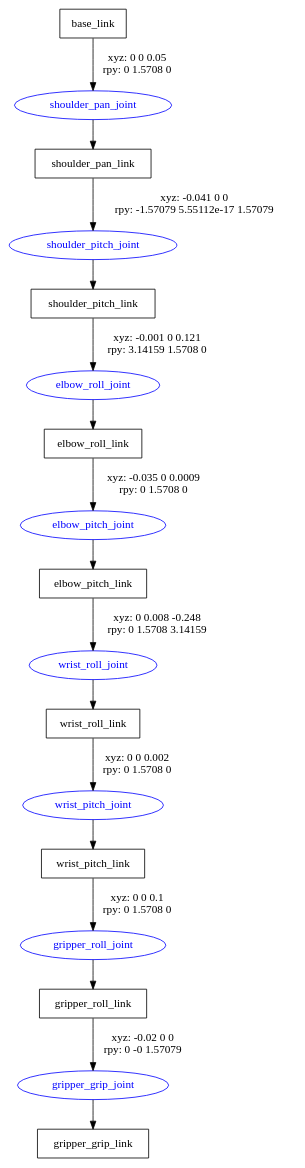
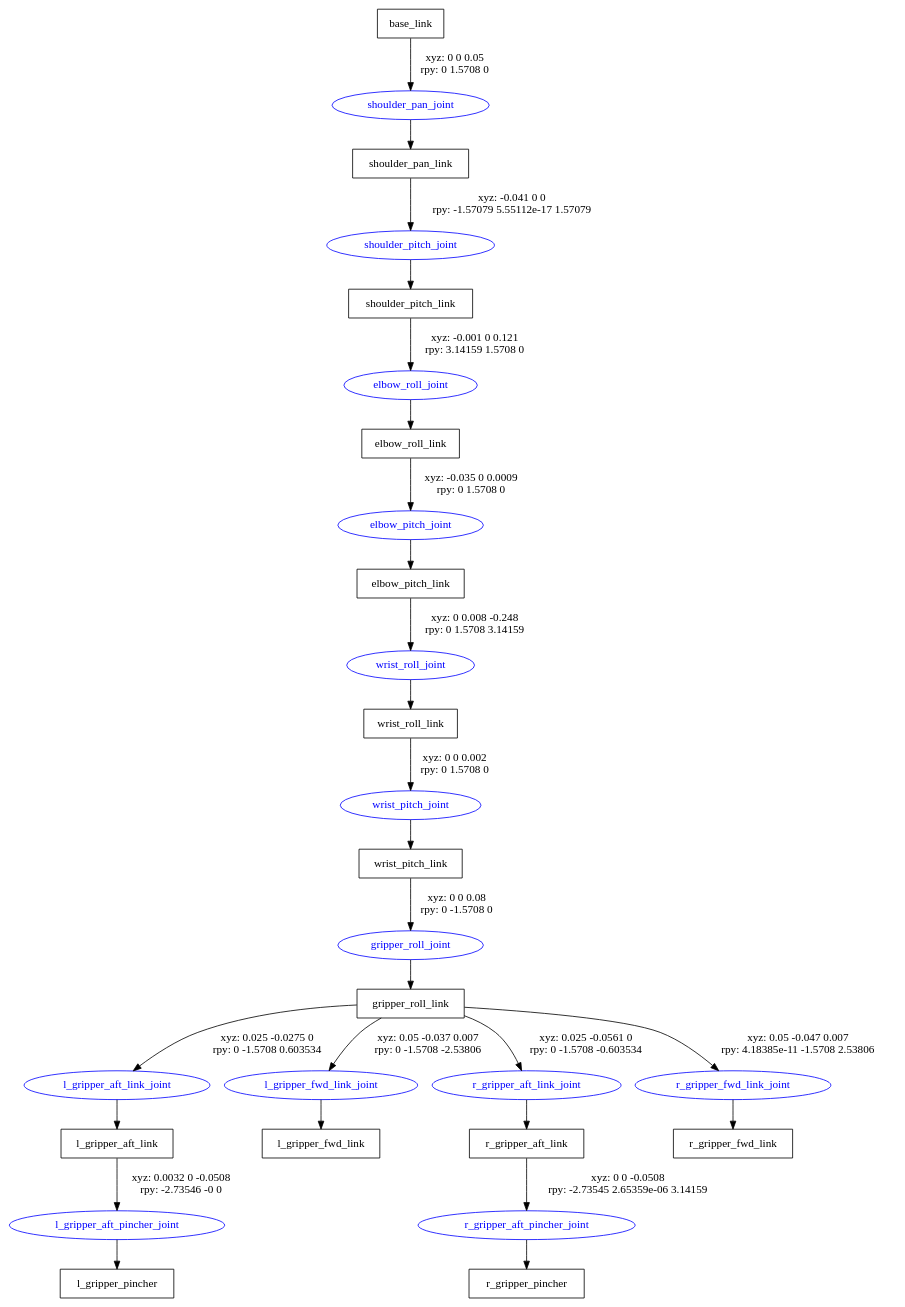
One commit to davetcoleman/clam_rosbuild changed the diagram in clam_description/urdf/clam.gv. Above: the diagram before and after it, drawn with Graphviz. The commit also changed 41 other files, not shown here.

```diff
--- a/clam_description/urdf/clam.gv
+++ b/clam_description/urdf/clam.gv
@@ -1,29 +1,44 @@
 digraph G {
 node [shape=box];
 "base_link" [label="base_link"];
 "shoulder_pan_link" [label="shoulder_pan_link"];
 "shoulder_pitch_link" [label="shoulder_pitch_link"];
 "elbow_roll_link" [label="elbow_roll_link"];
 "elbow_pitch_link" [label="elbow_pitch_link"];
 "wrist_roll_link" [label="wrist_roll_link"];
 "wrist_pitch_link" [label="wrist_pitch_link"];
 "gripper_roll_link" [label="gripper_roll_link"];
-"gripper_grip_link" [label="gripper_grip_link"];
+"l_gripper_aft_link" [label="l_gripper_aft_link"];
+"l_gripper_pincher" [label="l_gripper_pincher"];
+"l_gripper_fwd_link" [label="l_gripper_fwd_link"];
+"r_gripper_aft_link" [label="r_gripper_aft_link"];
+"r_gripper_pincher" [label="r_gripper_pincher"];
+"r_gripper_fwd_link" [label="r_gripper_fwd_link"];
 node [shape=ellipse, color=blue, fontcolor=blue];
 "base_link" -> "shoulder_pan_joint" [label="xyz: 0 0 0.05 \nrpy: 0 1.5708 0"]
 "shoulder_pan_joint" -> "shoulder_pan_link"
 "shoulder_pan_link" -> "shoulder_pitch_joint" [label="xyz: -0.041 0 0 \nrpy: -1.57079 5.55112e-17 1.57079"]
 "shoulder_pitch_joint" -> "shoulder_pitch_link"
 "shoulder_pitch_link" -> "elbow_roll_joint" [label="xyz: -0.001 0 0.121 \nrpy: 3.14159 1.5708 0"]
 "elbow_roll_joint" -> "elbow_roll_link"
 "elbow_roll_link" -> "elbow_pitch_joint" [label="xyz: -0.035 0 0.0009 \nrpy: 0 1.5708 0"]
 "elbow_pitch_joint" -> "elbow_pitch_link"
 "elbow_pitch_link" -> "wrist_roll_joint" [label="xyz: 0 0.008 -0.248 \nrpy: 0 1.5708 3.14159"]
 "wrist_roll_joint" -> "wrist_roll_link"
 "wrist_roll_link" -> "wrist_pitch_joint" [label="xyz: 0 0 0.002 \nrpy: 0 1.5708 0"]
 "wrist_pitch_joint" -> "wrist_pitch_link"
-"wrist_pitch_link" -> "gripper_roll_joint" [label="xyz: 0 0 0.1 \nrpy: 0 1.5708 0"]
+"wrist_pitch_link" -> "gripper_roll_joint" [label="xyz: 0 0 0.08 \nrpy: 0 -1.5708 0"]
 "gripper_roll_joint" -> "gripper_roll_link"
-"gripper_roll_link" -> "gripper_grip_joint" [label="xyz: -0.02 0 0 \nrpy: 0 -0 1.57079"]
-"gripper_grip_joint" -> "gripper_grip_link"
+"gripper_roll_link" -> "l_gripper_aft_link_joint" [label="xyz: 0.025 -0.0275 0 \nrpy: 0 -1.5708 0.603534"]
+"l_gripper_aft_link_joint" -> "l_gripper_aft_link"
+"l_gripper_aft_link" -> "l_gripper_aft_pincher_joint" [label="xyz: 0.0032 0 -0.0508 \nrpy: -2.73546 -0 0"]
+"l_gripper_aft_pincher_joint" -> "l_gripper_pincher"
+"gripper_roll_link" -> "l_gripper_fwd_link_joint" [label="xyz: 0.05 -0.037 0.007 \nrpy: 0 -1.5708 -2.53806"]
+"l_gripper_fwd_link_joint" -> "l_gripper_fwd_link"
+"gripper_roll_link" -> "r_gripper_aft_link_joint" [label="xyz: 0.025 -0.0561 0 \nrpy: 0 -1.5708 -0.603534"]
+"r_gripper_aft_link_joint" -> "r_gripper_aft_link"
+"r_gripper_aft_link" -> "r_gripper_aft_pincher_joint" [label="xyz: 0 0 -0.0508 \nrpy: -2.73545 2.65359e-06 3.14159"]
+"r_gripper_aft_pincher_joint" -> "r_gripper_pincher"
+"gripper_roll_link" -> "r_gripper_fwd_link_joint" [label="xyz: 0.05 -0.047 0.007 \nrpy: 4.18385e-11 -1.5708 2.53806"]
+"r_gripper_fwd_link_joint" -> "r_gripper_fwd_link"
 }
```
